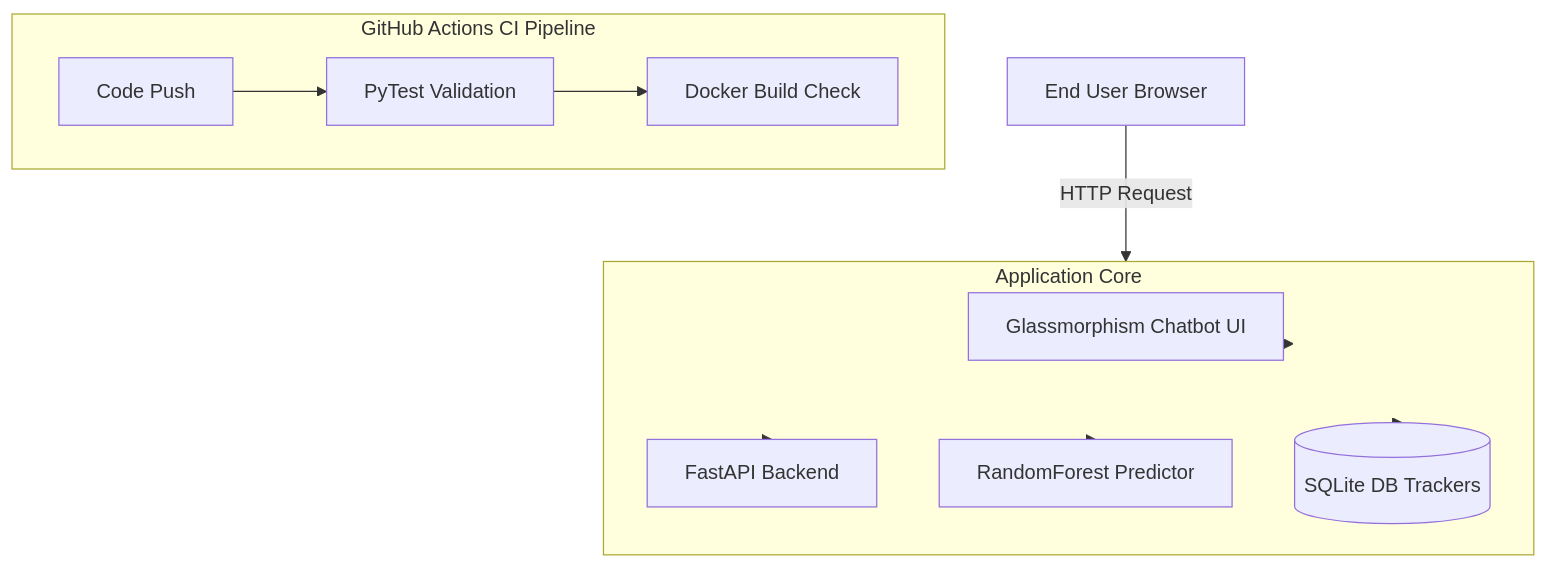
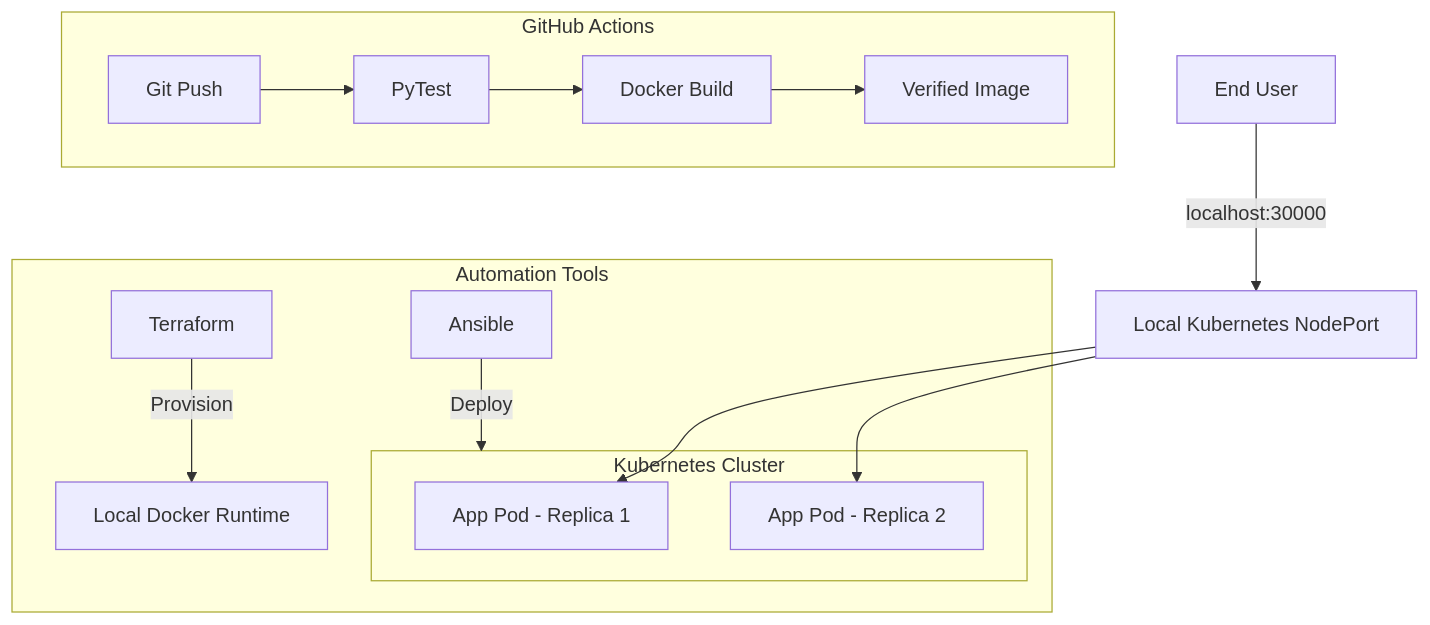
Before and after one commit to ANANDHU1114/AI-health: the diagram in README.md, drawn with Mermaid. The commit also changed other lines of this file and 5 other files, not shown here.

````diff
--- a/README.md
+++ b/README.md
@@ -9,18 +21,22 @@
 ```mermaid
 graph TD;
-    User[End User Browser] -->|HTTP Request| Container[Docker Container];
+    User[End User] -->|localhost:30000| K8s[Local Kubernetes NodePort];
     
-    subgraph Container [Application Core]
-      FE[Glassmorphism Chatbot UI];
-      BE[FastAPI Backend];
-      ML[RandomForest Predictor];
-      DB[(SQLite DB Trackers)];
+    subgraph K8s_Cluster [Kubernetes Cluster]
+        Pod1[App Pod - Replica 1]
+        Pod2[App Pod - Replica 2]
     end
     
-    Container --> BE & FE & ML & DB;
+    K8s --> Pod1 & Pod2;
     
-    subgraph CI [GitHub Actions CI Pipeline]
-      push[Code Push] --> test[PyTest Validation];
-      test --> build[Docker Build Check];
+    subgraph Pipeline [GitHub Actions]
+        Push[Git Push] --> Test[PyTest]
+        Test --> Build[Docker Build]
+        Build --> Success[Verified Image]
+    end
+    
+    subgraph Management [Automation Tools]
+        TF[Terraform] -->|Provision| Docker[Local Docker Runtime]
+        ANS[Ansible] -->|Deploy| K8s_Cluster
     end
 ```
````
